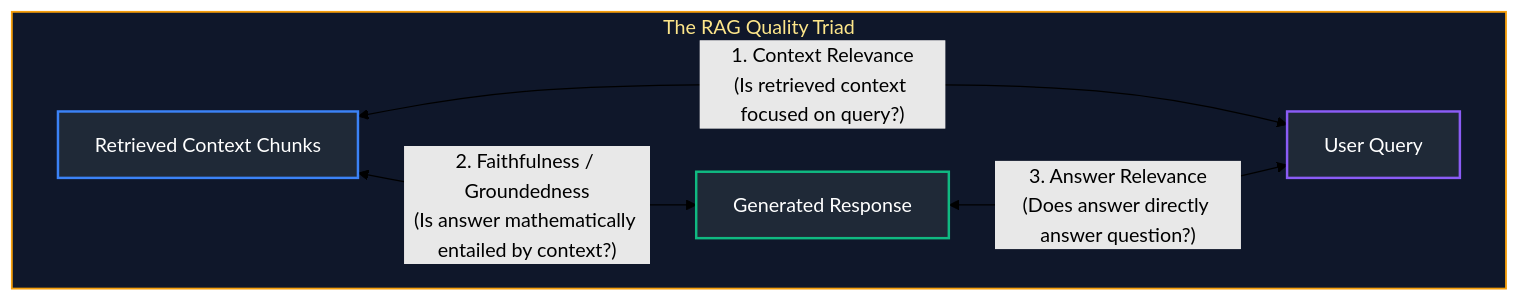
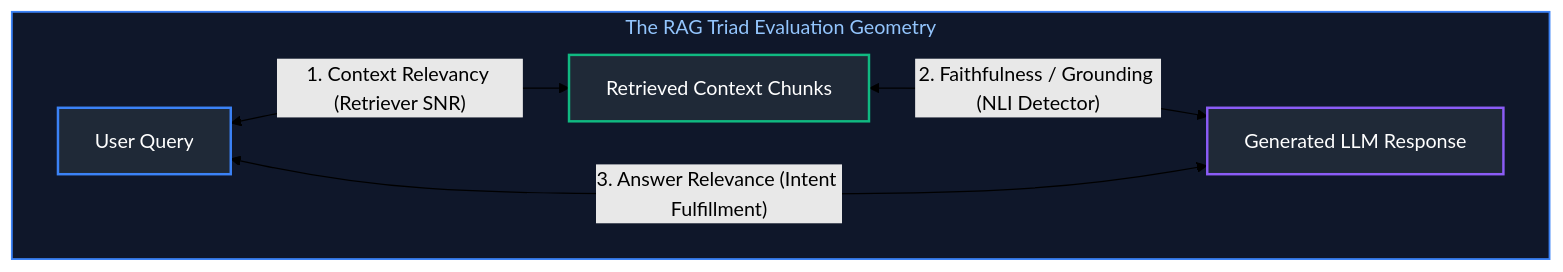
Before and after one commit to joydeep-biswas/Interview-Preparation: the eighth of 9 diagrams in AI Engineering/09_llm_evaluation_testing_and_benchmarking.md, drawn with Mermaid (forest theme). The commit also changed other lines of this file and 143 other files, not shown here.

````diff
--- a/AI Engineering/09_llm_evaluation_testing_and_benchmarking.md
+++ b/AI Engineering/09_llm_evaluation_testing_and_benchmarking.md
@@ -205,17 +420,17 @@
 ```mermaid
 flowchart TD
-    subgraph RAGTriad ["The RAG Quality Triad"]
+    subgraph RAGTriadCore ["The RAG Triad Evaluation Geometry"]
+        Query["User Query"]
         Context["Retrieved Context Chunks"]
-        Answer["Generated Response"]
-        Question["User Query"]
+        Response["Generated LLM Response"]
 
-        Context <-->|"1. Context Relevance<br/>(Is retrieved context focused on query?)"| Question
-        Context <-->|"2. Faithfulness / Groundedness<br/>(Is answer mathematically entailed by context?)"| Answer
-        Answer <-->|"3. Answer Relevance<br/>(Does answer directly answer question?)"| Question
+        Query <-->|"1. Context Relevancy (Retriever SNR)"| Context
+        Context <-->|"2. Faithfulness / Grounding (NLI Detector)"| Response
+        Response <-->|"3. Answer Relevance (Intent Fulfillment)"| Query
     end
 
-    style RAGTriad fill:#0f172a,stroke:#f59e0b,stroke-width:1.5px,color:#fde68a
-    style Context fill:#1f2937,stroke:#3b82f6,stroke-width:2px,color:#fff
-    style Answer fill:#1f2937,stroke:#10b981,stroke-width:2px,color:#fff
-    style Question fill:#1f2937,stroke:#8b5cf6,stroke-width:2px,color:#fff
+    style RAGTriadCore fill:#0f172a,stroke:#3b82f6,stroke-width:1.5px,color:#93c5fd
+    style Query fill:#1f2937,stroke:#3b82f6,stroke-width:2px,color:#fff
+    style Context fill:#1f2937,stroke:#10b981,stroke-width:2px,color:#fff
+    style Response fill:#1f2937,stroke:#8b5cf6,stroke-width:2px,color:#fff
 ```
````
